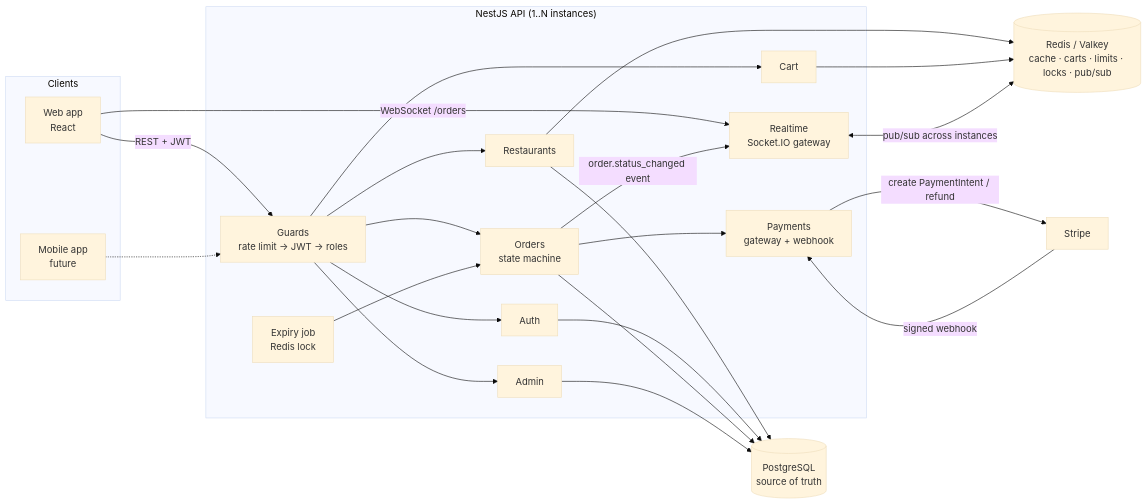
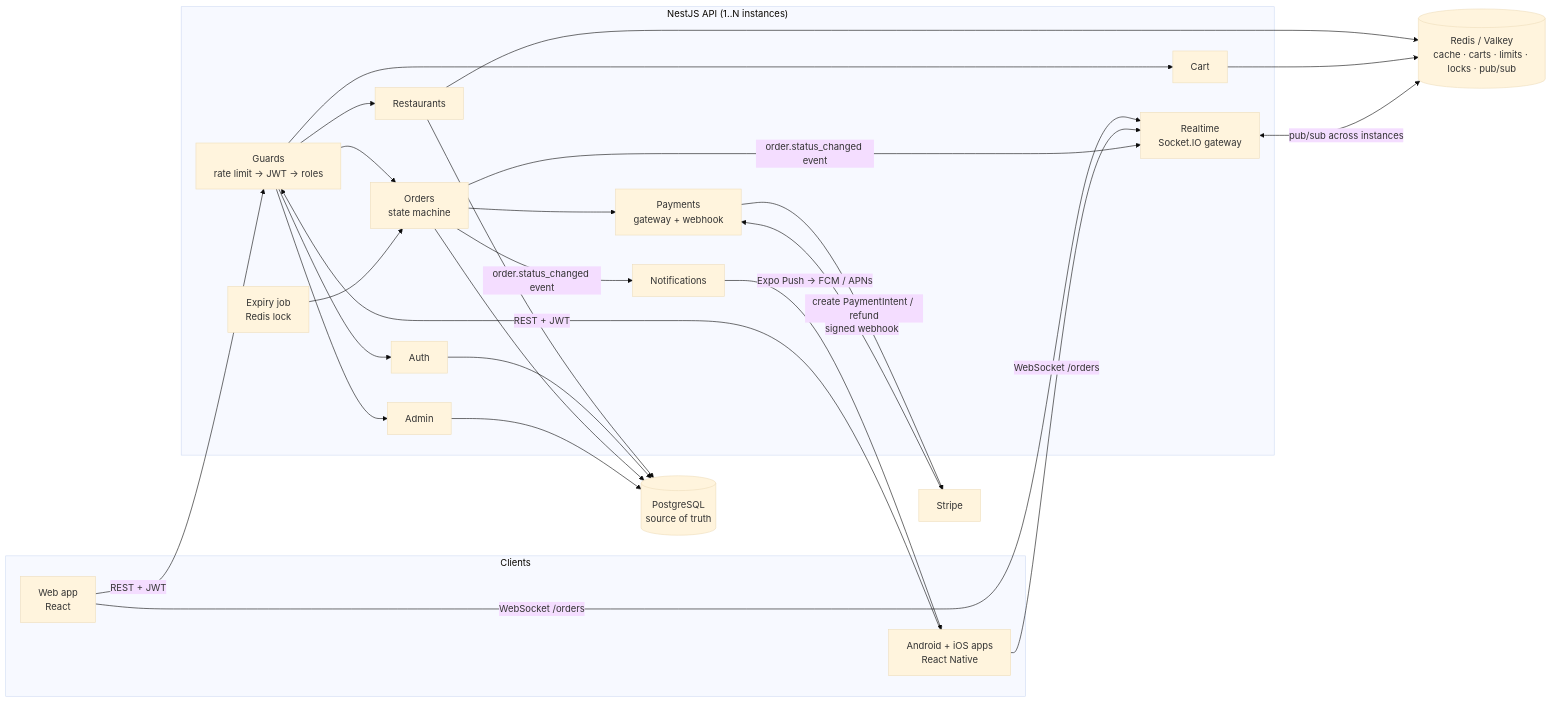
Before and after one commit to rkparupudi/bitebox-api: the first of 4 diagrams in README.md, drawn with Mermaid (base theme). The commit also changed other lines of this file and 2 other files, not shown here.

First line of the commit message:
Docs: mobile apps share this API; push notifications; mobile release steps

````diff
--- a/README.md
+++ b/README.md
@@ -78,36 +80,40 @@
 ```mermaid
 flowchart LR
     subgraph Clients
         W[Web app<br/>React]
-        M[Mobile app<br/>future]
+        M[Android + iOS apps<br/>React Native]
     end
     S[Stripe]
 
     subgraph API["NestJS API (1..N instances)"]
         G[Guards<br/>rate limit → JWT → roles]
         AU[Auth]
         RE[Restaurants]
         CA[Cart]
         OR[Orders<br/>state machine]
         PA[Payments<br/>gateway + webhook]
         RT[Realtime<br/>Socket.IO gateway]
         AD[Admin]
         JOB[Expiry job<br/>Redis lock]
+        NO
     end
 
     PG[(PostgreSQL<br/>source of truth)]
     RD[(Redis / Valkey<br/>cache · carts · limits · locks · pub/sub)]
 
     W -- REST + JWT --> G
     W -- WebSocket /orders --> RT
-    M -.-> G
+    M -- REST + JWT --> G
+    M -- WebSocket /orders --> RT
+    NO[Notifications] -- Expo Push → FCM / APNs --> M
+    OR -- order.status_changed event --> NO
     G --> AU & RE & CA & OR & AD
     OR --> PA
     PA -- create PaymentIntent / refund --> S
     S -- signed webhook --> PA
     OR -- order.status_changed event --> RT
     RE & AU & OR & AD --> PG
     RE & CA --> RD
     RT <-- pub/sub across instances --> RD
     JOB --> OR
 ```
````
